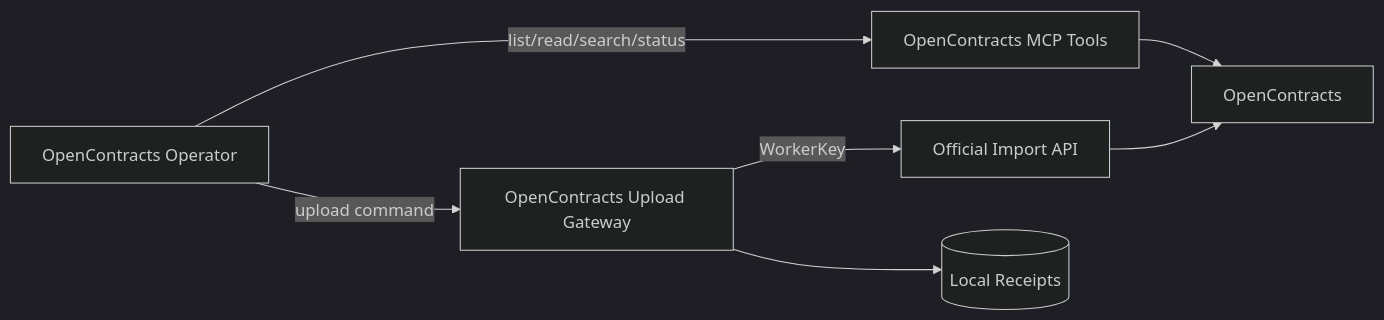
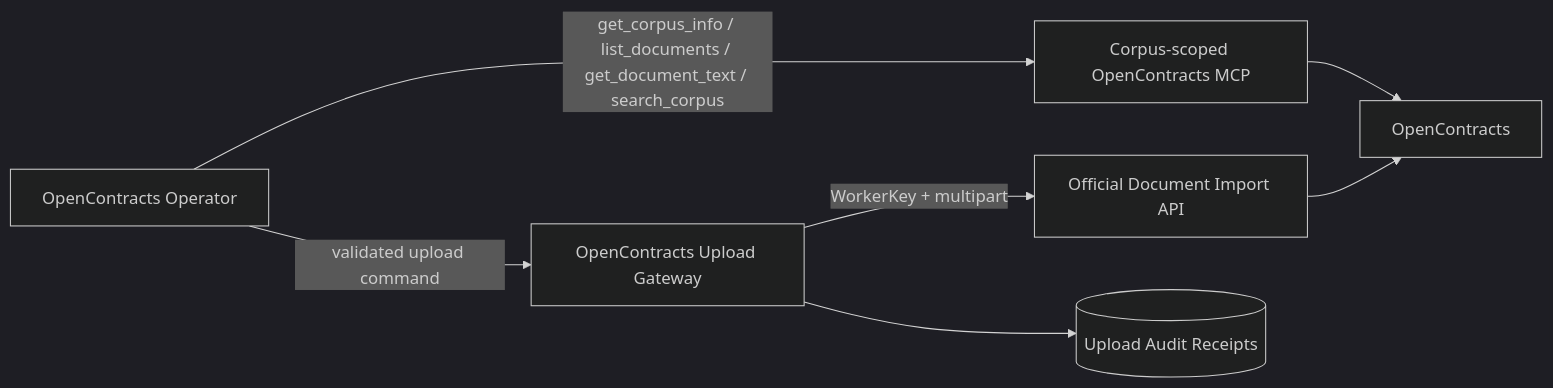
Before and after one commit to Ri0n72Y/ContractBotConfig: the first of 2 diagrams in docs/architecture/opencontracts-integration.md, drawn with Mermaid (dark theme). The commit also changed other lines of this file and 43 other files, not shown here.

Commit message:
phase2: move OpenContracts reads to MCP and split upload gateway

````diff
--- a/docs/architecture/opencontracts-integration.md
+++ b/docs/architecture/opencontracts-integration.md
@@ -7,16 +7,16 @@
 ```mermaid
 flowchart LR
     Operator[OpenContracts Operator]
-    MCP[OpenContracts MCP Tools]
+    MCP[Corpus-scoped OpenContracts MCP]
     Gateway[OpenContracts Upload Gateway]
-    ImportAPI[Official Import API]
+    ImportAPI[Official Document Import API]
     OC[OpenContracts]
-    Receipt[(Local Receipts)]
+    Receipt[(Upload Audit Receipts)]
 
-    Operator -->|list/read/search/status| MCP
+    Operator -->|get_corpus_info / list_documents / get_document_text / search_corpus| MCP
     MCP --> OC
-    Operator -->|upload command| Gateway
-    Gateway -->|WorkerKey| ImportAPI
+    Operator -->|validated upload command| Gateway
+    Gateway -->|WorkerKey + multipart| ImportAPI
     ImportAPI --> OC
     Gateway --> Receipt
 ```
````
